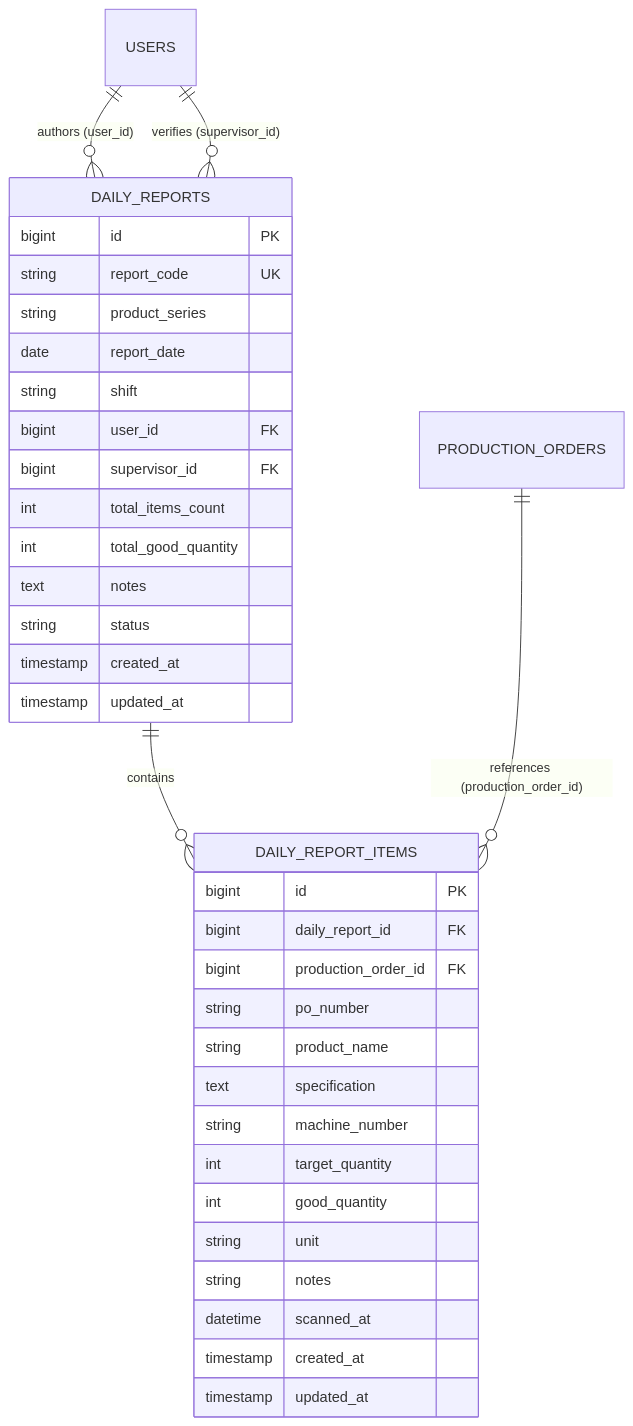
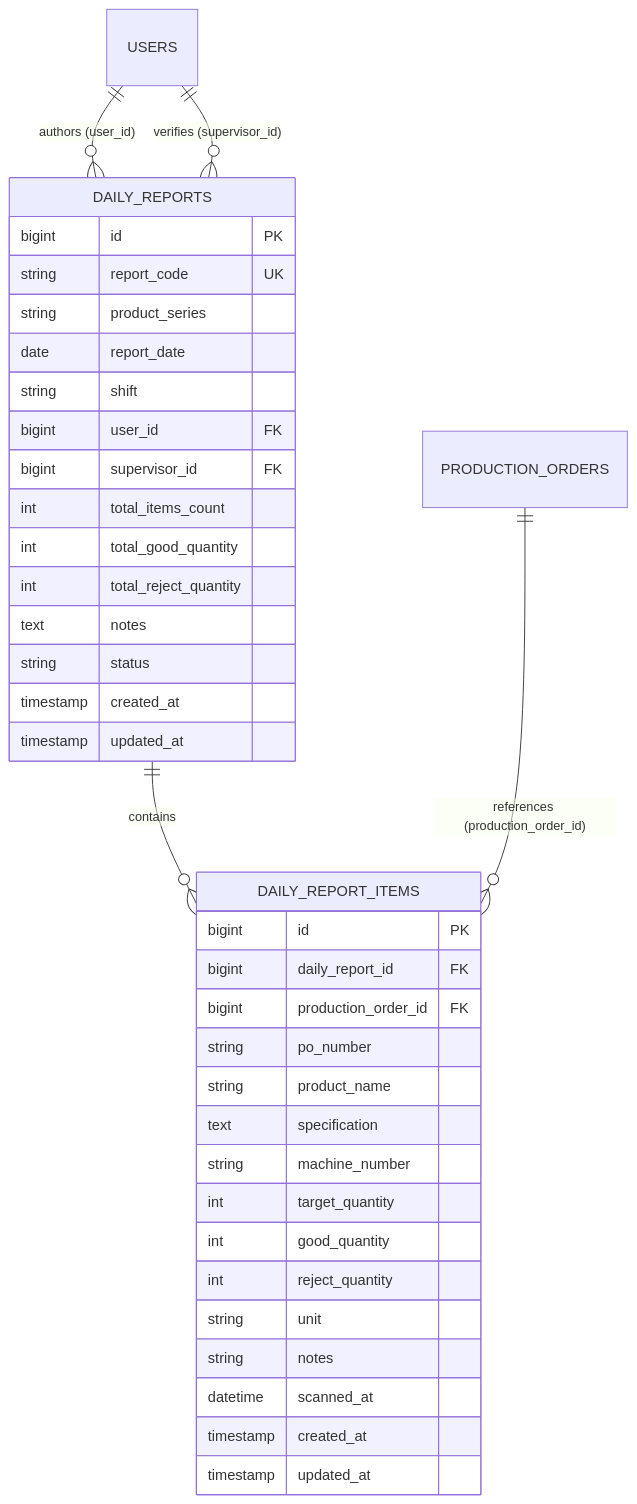
The second of 2 diagrams in docs/dev-docs/features/continuous-barcode-scan-and-inline-production-entry.md (ZulfikarHD/scan-produksi), drawn with Mermaid before and after one commit. The commit also changed other lines of this file and 16 other files, not shown here.

````diff
--- a/docs/dev-docs/features/continuous-barcode-scan-and-inline-production-entry.md
+++ b/docs/dev-docs/features/continuous-barcode-scan-and-inline-production-entry.md
@@ -31,40 +32,42 @@
 ```mermaid
 erDiagram
     DAILY_REPORTS ||--o{ DAILY_REPORT_ITEMS : "contains"
     PRODUCTION_ORDERS ||--o{ DAILY_REPORT_ITEMS : "references (production_order_id)"
     USERS ||--o{ DAILY_REPORTS : "authors (user_id)"
     USERS ||--o{ DAILY_REPORTS : "verifies (supervisor_id)"
 
     DAILY_REPORTS {
         bigint id PK
         string report_code UK
         string product_series
         date report_date
         string shift
         bigint user_id FK
         bigint supervisor_id FK
         int total_items_count
         int total_good_quantity
+        int total_reject_quantity
         text notes
         string status
         timestamp created_at
         timestamp updated_at
     }
 
     DAILY_REPORT_ITEMS {
         bigint id PK
         bigint daily_report_id FK
         bigint production_order_id FK
         string po_number
         string product_name
         text specification
         string machine_number
         int target_quantity
         int good_quantity
+        int reject_quantity
         string unit
         string notes
         datetime scanned_at
         timestamp created_at
         timestamp updated_at
     }
 ```
````
